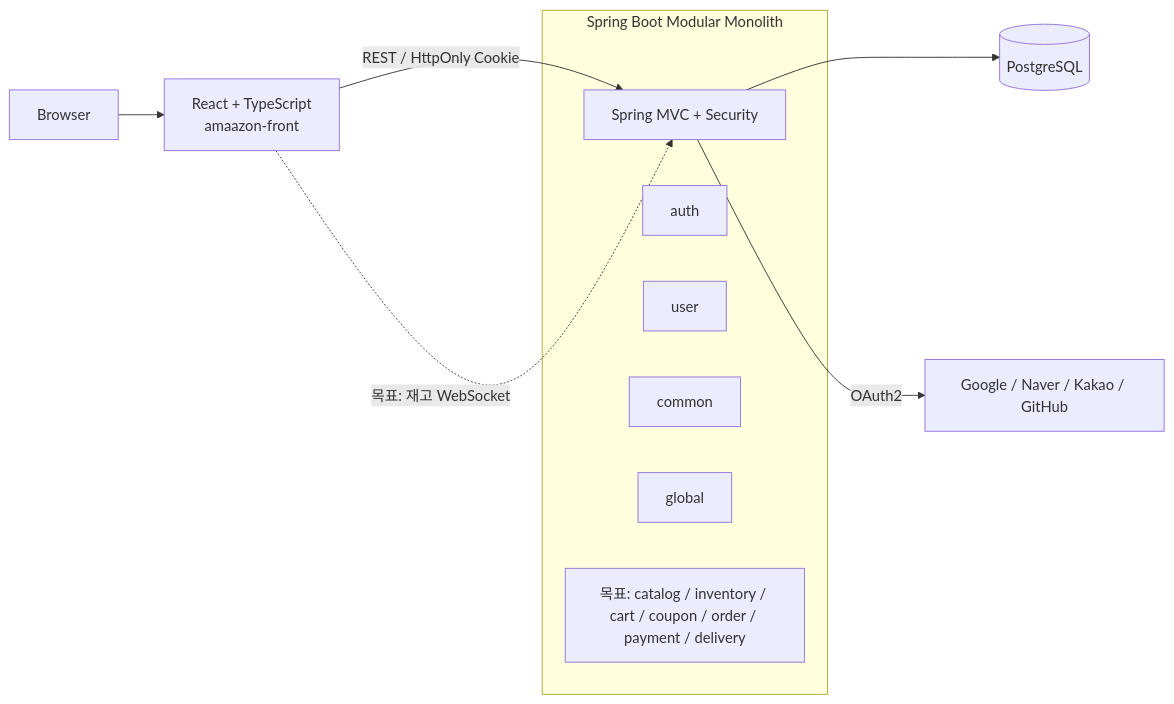
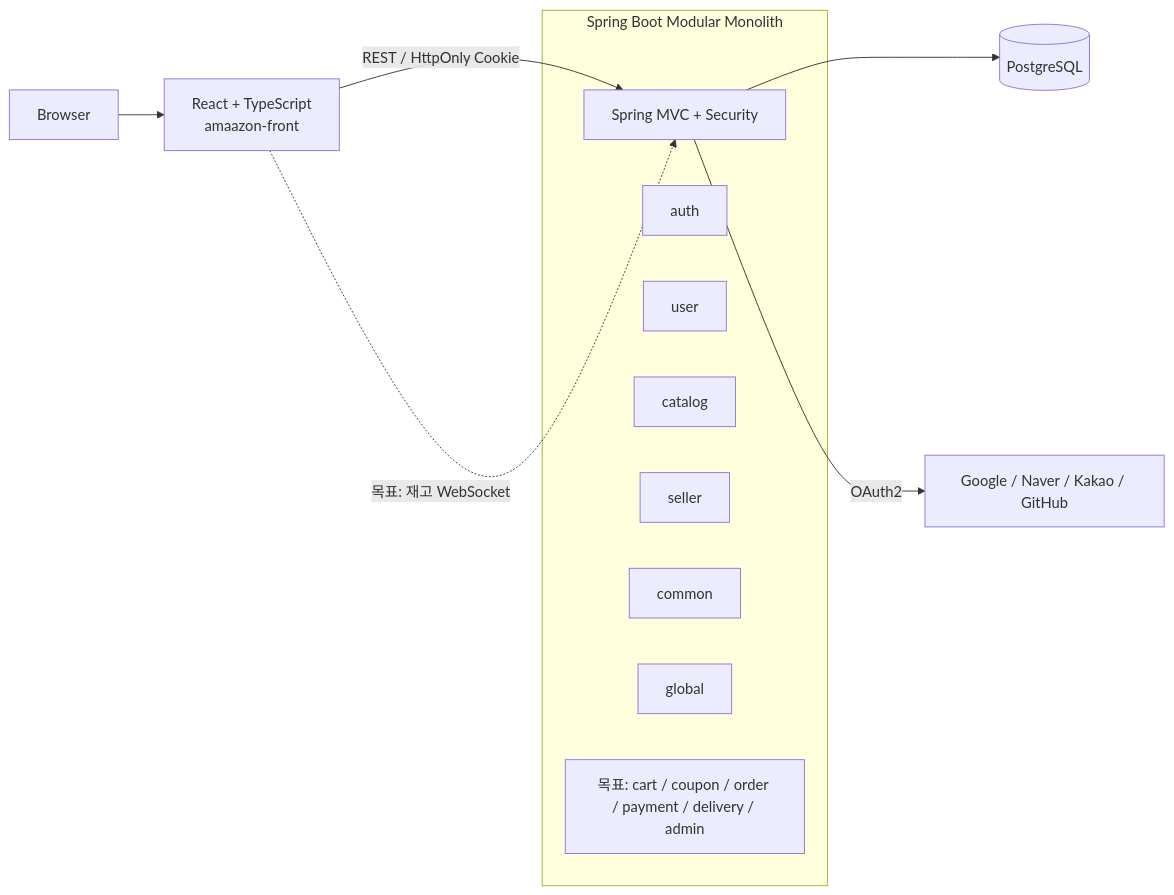
One commit to metDaisy/e-commerce-clone-coding changed the first of 2 diagrams in docs/architecture.md. Above: the diagram before and after it, drawn with Mermaid. The commit also changed other lines of this file and 1 other file, not shown here.

````diff
--- a/docs/architecture.md
+++ b/docs/architecture.md
@@ -13,17 +13,19 @@
 ```mermaid
 flowchart LR
     Browser[Browser] --> Front[React + TypeScript\namaazon-front]
     Front -->|REST / HttpOnly Cookie| Web[Spring MVC + Security]
     Front -.->|목표: 재고 WebSocket| Web
     Web --> DB[(PostgreSQL)]
     Web -->|OAuth2| Providers[Google / Naver / Kakao / GitHub]
 
     subgraph Backend[Spring Boot Modular Monolith]
         Web
         Auth[auth]
         User[user]
+        Catalog[catalog]
+        Seller[seller]
         Common[common]
         Global[global]
-        Future[목표: catalog / inventory / cart / coupon / order / payment / delivery]
+        Future[목표: cart / coupon / order / payment / delivery / admin]
     end
 ```
````
